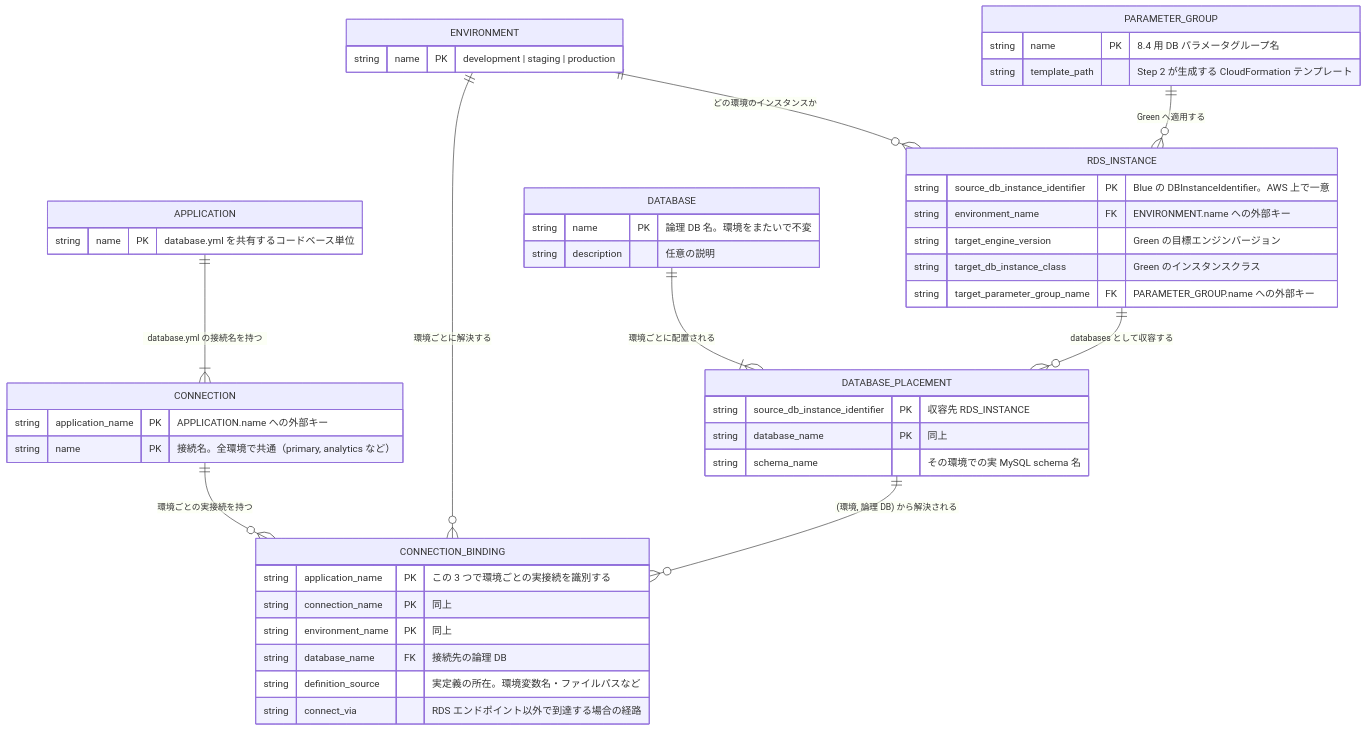
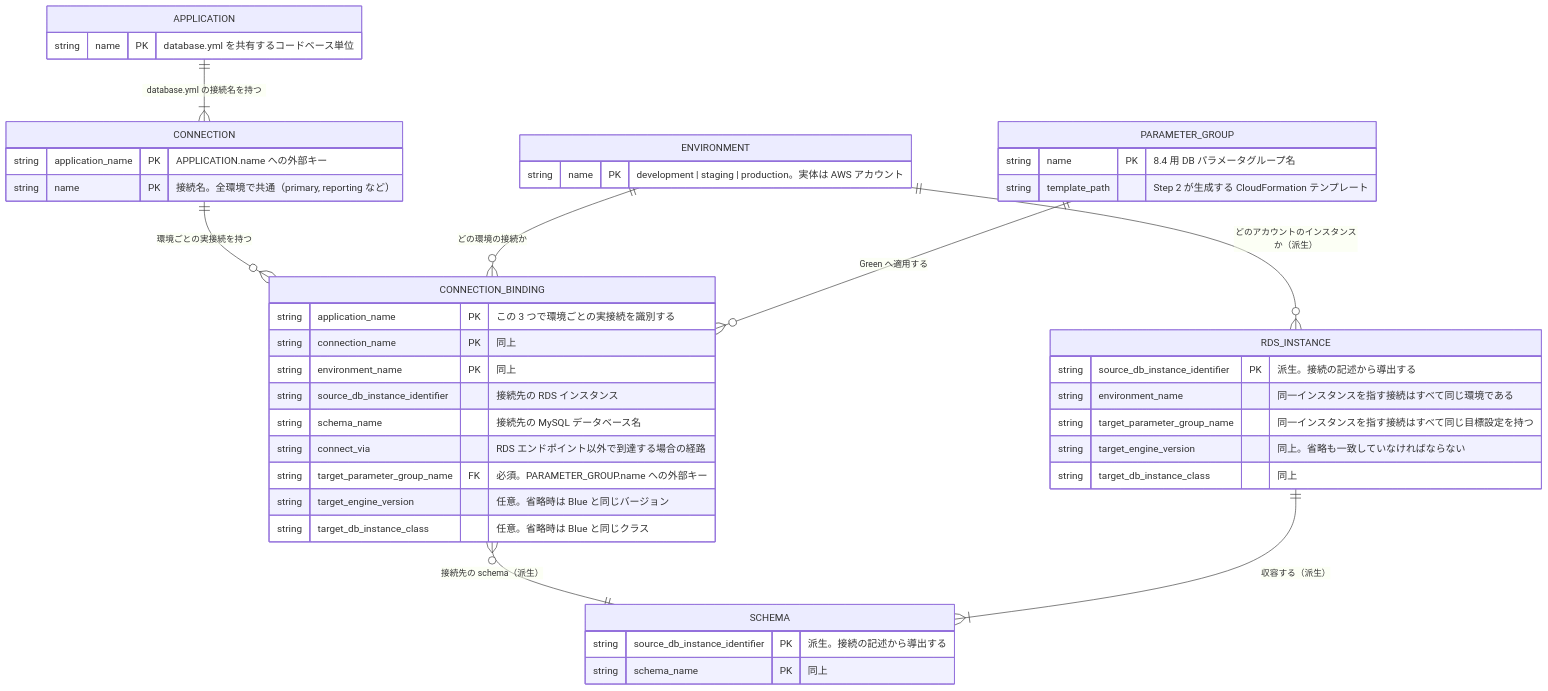
The diagram in docs/rds_mysql_upgrade/migration-catalog-er.md (rxsxkxd/pk), drawn with Mermaid before and after one commit. The commit also changed other lines of this file, not shown here.

````diff
--- a/docs/rds_mysql_upgrade/migration-catalog-er.md
+++ b/docs/rds_mysql_upgrade/migration-catalog-er.md
@@ -13,50 +13,47 @@
 ```mermaid
 erDiagram
     APPLICATION ||--|{ CONNECTION : "database.yml の接続名を持つ"
     CONNECTION ||--o{ CONNECTION_BINDING : "環境ごとの実接続を持つ"
-    ENVIRONMENT ||--o{ CONNECTION_BINDING : "環境ごとに解決する"
-    DATABASE_PLACEMENT ||--o{ CONNECTION_BINDING : "(環境, 論理 DB) から解決される"
-    DATABASE ||--|{ DATABASE_PLACEMENT : "環境ごとに配置される"
-    ENVIRONMENT ||--o{ RDS_INSTANCE : "どの環境のインスタンスか"
-    RDS_INSTANCE ||--o{ DATABASE_PLACEMENT : "databases として収容する"
-    PARAMETER_GROUP ||--o{ RDS_INSTANCE : "Green へ適用する"
+    ENVIRONMENT ||--o{ CONNECTION_BINDING : "どの環境の接続か"
+    PARAMETER_GROUP ||--o{ CONNECTION_BINDING : "Green へ適用する"
+    CONNECTION_BINDING }o--|| SCHEMA : "接続先の schema（派生）"
+    RDS_INSTANCE ||--|{ SCHEMA : "収容する（派生）"
+    ENVIRONMENT ||--o{ RDS_INSTANCE : "どのアカウントのインスタンスか（派生）"
 
     APPLICATION {
         string name PK "database.yml を共有するコードベース単位"
     }
     CONNECTION {
         string application_name PK "APPLICATION.name への外部キー"
-        string name PK "接続名。全環境で共通（primary, analytics など）"
+        string name PK "接続名。全環境で共通（primary, reporting など）"
     }
     CONNECTION_BINDING {
         string application_name PK "この 3 つで環境ごとの実接続を識別する"
         string connection_name PK "同上"
         string environment_name PK "同上"
-        string database_name FK "接続先の論理 DB"
-        string definition_source "実定義の所在。環境変数名・ファイルパスなど"
+        string source_db_instance_identifier "接続先の RDS インスタンス"
+        string schema_name "接続先の MySQL データベース名"
         string connect_via "RDS エンドポイント以外で到達する場合の経路"
-    }
-    DATABASE {
-        string name PK "論理 DB 名。環境をまたいで不変"
-        string description "任意の説明"
-    }
-    DATABASE_PLACEMENT {
-        string source_db_instance_identifier PK "収容先 RDS_INSTANCE"
-        string database_name PK "同上"
-        string schema_name "その環境での実 MySQL schema 名"
+        string target_parameter_group_name FK "必須。PARAMETER_GROUP.name への外部キー"
+        string target_engine_version "任意。省略時は Blue と同じバージョン"
+        string target_db_instance_class "任意。省略時は Blue と同じクラス"
     }
     ENVIRONMENT {
-        string name PK "development | staging | production"
-    }
-    RDS_INSTANCE {
-        string source_db_instance_identifier PK "Blue の DBInstanceIdentifier。AWS 上で一意"
-        string environment_name FK "ENVIRONMENT.name への外部キー"
-        string target_engine_version "Green の目標エンジンバージョン"
-        string target_db_instance_class "Green のインスタンスクラス"
-        string target_parameter_group_name FK "PARAMETER_GROUP.name への外部キー"
+        string name PK "development | staging | production。実体は AWS アカウント"
     }
     PARAMETER_GROUP {
         string name PK "8.4 用 DB パラメータグループ名"
         string template_path "Step 2 が生成する CloudFormation テンプレート"
     }
+    SCHEMA {
+        string source_db_instance_identifier PK "派生。接続の記述から導出する"
+        string schema_name PK "同上"
+    }
+    RDS_INSTANCE {
+        string source_db_instance_identifier PK "派生。接続の記述から導出する"
+        string environment_name "同一インスタンスを指す接続はすべて同じ環境である"
+        string target_parameter_group_name "同一インスタンスを指す接続はすべて同じ目標設定を持つ"
+        string target_engine_version "同上。省略も一致していなければならない"
+        string target_db_instance_class "同上"
+    }
 ```
````
